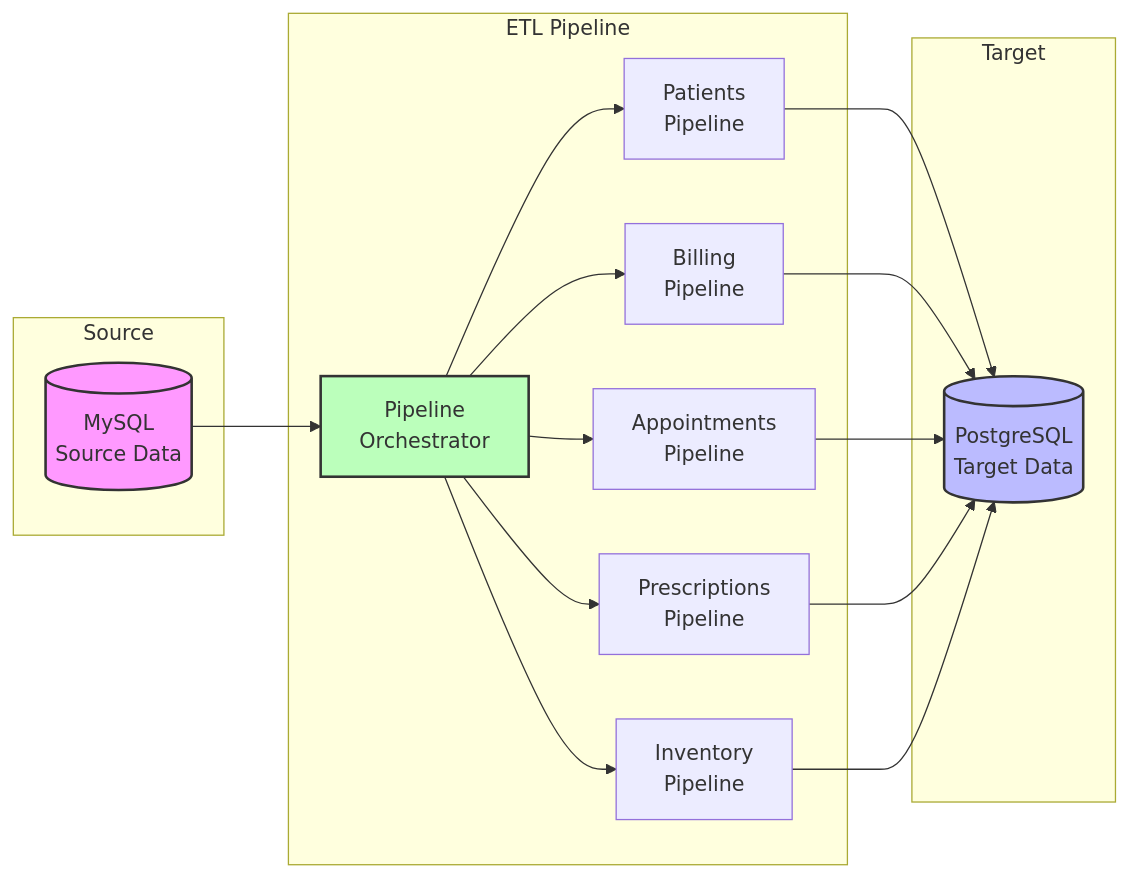
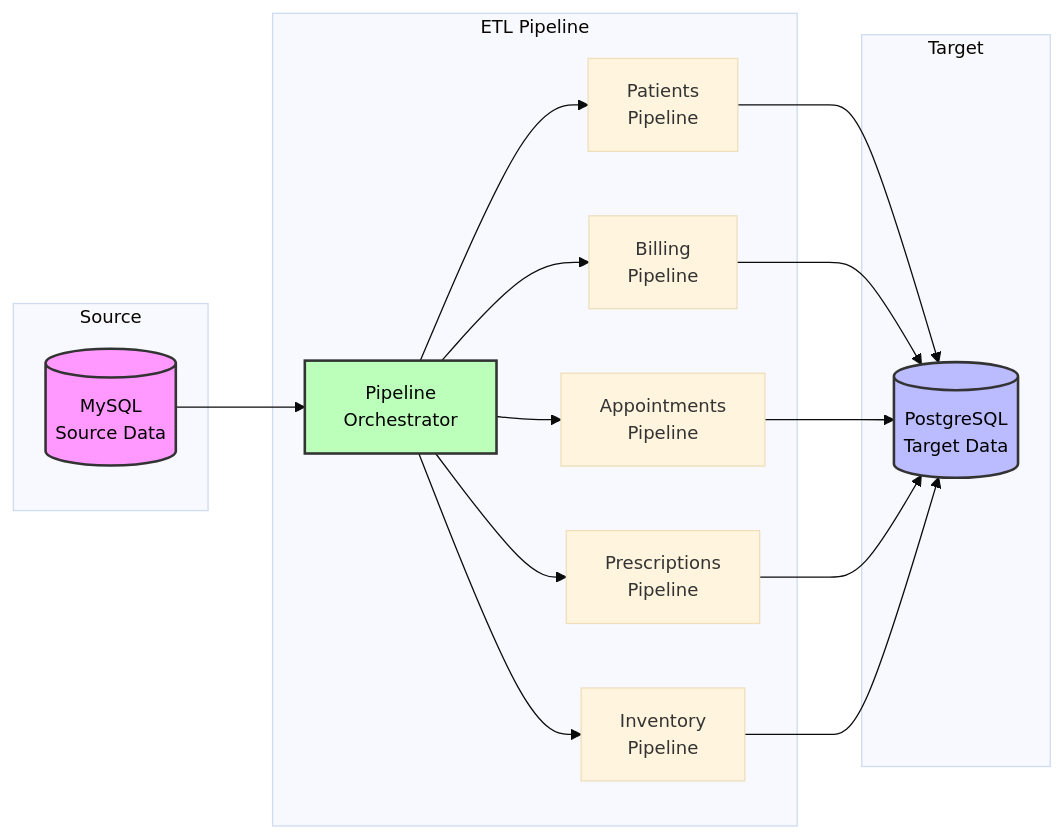
The diagram in README.md (nuelwhite/Data-Engineering-Portfolio), drawn with Mermaid before and after one commit.

Commit message:
Update: Fix the font color of system architecture diagram

````diff
--- a/README.md
+++ b/README.md
@@ -28,35 +28,36 @@
 ```mermaid
+%%{init: {'theme': 'base', 'themeVariables': { 'fontSize': '14px', 'fontFamily': 'arial' }}}%%
 graph LR
     subgraph "Source"
         MySQL[(MySQL<br/>Source Data)]
     end
 
     subgraph "ETL Pipeline"
         ORCH[Pipeline<br/>Orchestrator]
         P1[Patients<br/>Pipeline]
         P2[Billing<br/>Pipeline]
         P3[Appointments<br/>Pipeline]
         P4[Prescriptions<br/>Pipeline]
         P5[Inventory<br/>Pipeline]
     end
 
     subgraph "Target"
         PG[(PostgreSQL<br/>Target Data)]
     end
 
     MySQL --> ORCH
     ORCH --> P1
     ORCH --> P2
     ORCH --> P3
     ORCH --> P4
     ORCH --> P5
     P1 --> PG
     P2 --> PG
     P3 --> PG
     P4 --> PG
     P5 --> PG
 
-    style MySQL fill:#f9f,stroke:#333,stroke-width:2px
-    style PG fill:#bbf,stroke:#333,stroke-width:2px
-    style ORCH fill:#bfb,stroke:#333,stroke-width:2px
+    style MySQL fill:#f9f,stroke:#333,stroke-width:2px,color:#000
+    style PG fill:#bbf,stroke:#333,stroke-width:2px,color:#000
+    style ORCH fill:#bfb,stroke:#333,stroke-width:2px,color:#000
 ```
````
